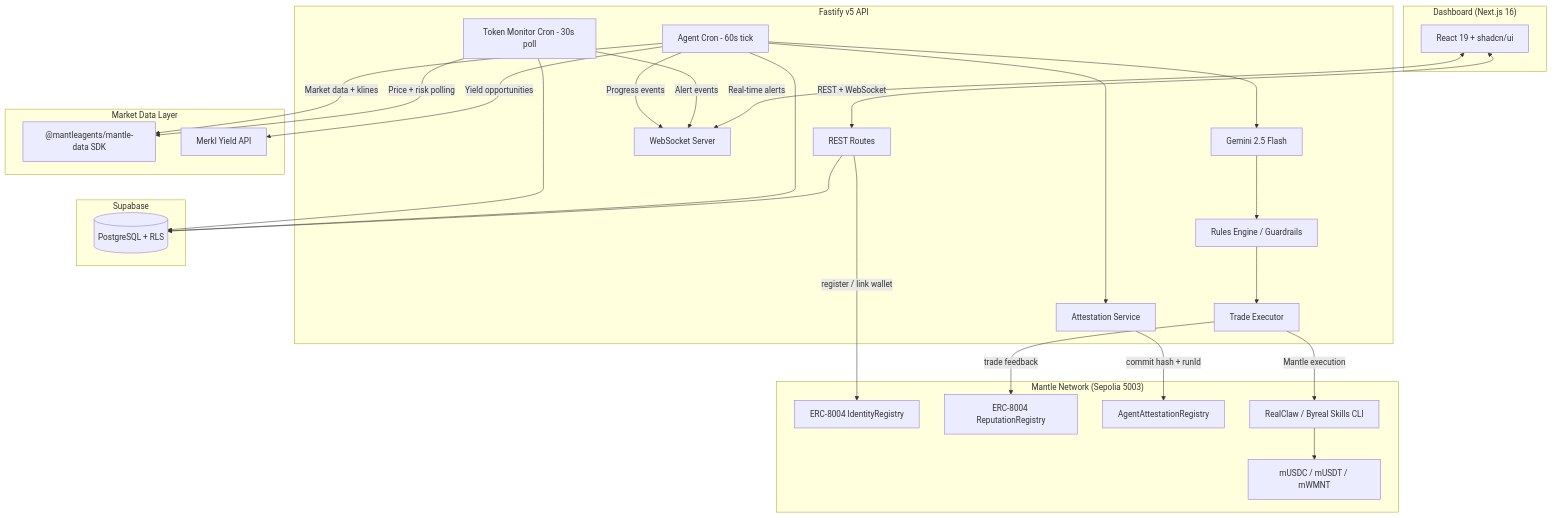
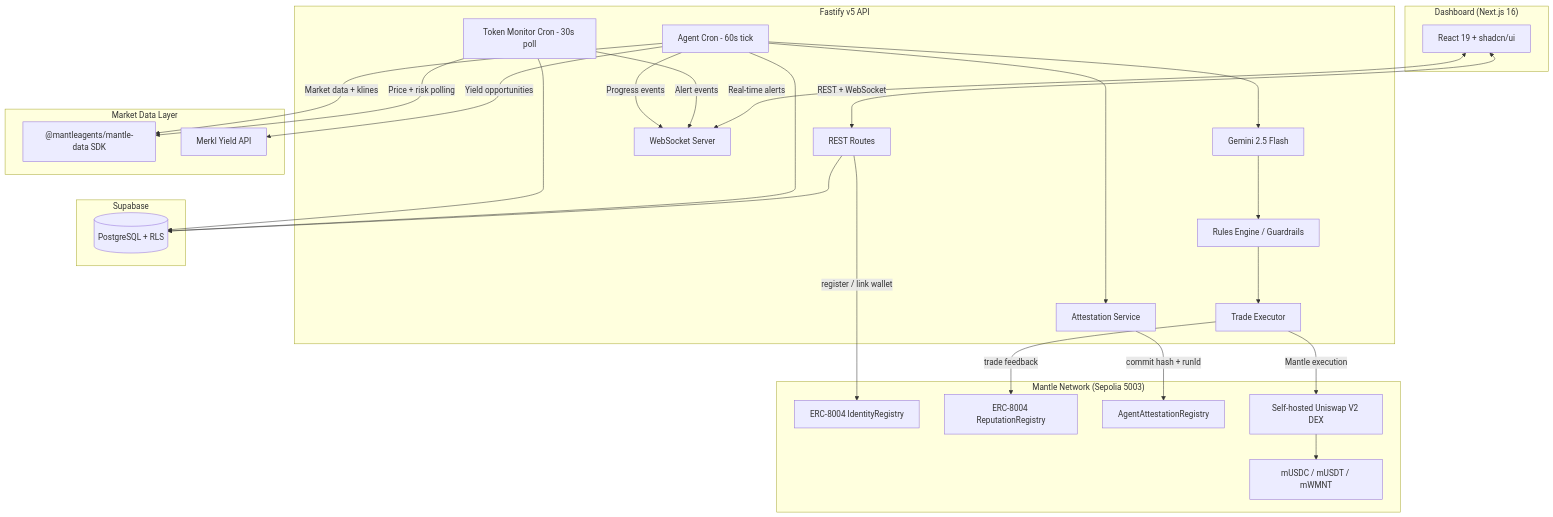
The diagram in README.md (mferdinandr/MantleAgents), drawn with Mermaid before and after one commit. The commit also changed other lines of this file and 26 other files, not shown here.

Commit message:
api: route Mantle execution through on-chain dex

````diff
--- a/README.md
+++ b/README.md
@@ -44,57 +44,57 @@
 ```mermaid
 graph TB
     subgraph Frontend["Dashboard (Next.js 16)"]
         UI[React 19 + shadcn/ui]
     end
 
     subgraph Backend["Fastify v5 API"]
         API[REST Routes]
         WS[WebSocket Server]
         CRON_AGENT[Agent Cron - 60s tick]
         CRON_MONITOR[Token Monitor Cron - 30s poll]
         LLM[Gemini 2.5 Flash]
         RULES[Rules Engine / Guardrails]
         TRADE[Trade Executor]
         ATTEST[Attestation Service]
     end
 
     subgraph Mantle["Mantle Network (Sepolia 5003)"]
         IDREG[ERC-8004 IdentityRegistry]
         REPREG[ERC-8004 ReputationRegistry]
         ATTESTREG[AgentAttestationRegistry]
-        REALCLAW[RealClaw / Byreal Skills CLI]
+        DEX[Self-hosted Uniswap V2 DEX]
         TOKENS[mUSDC / mUSDT / mWMNT]
     end
 
     subgraph MarketData["Market Data Layer"]
         MDATA["@mantleagents/mantle-data SDK"]
         MERKL[Merkl Yield API]
     end
 
     subgraph Storage["Supabase"]
         DB[(PostgreSQL + RLS)]
     end
 
     UI <-->|REST + WebSocket| API
     UI <-->|Real-time alerts| WS
 
     CRON_MONITOR -->|Price + risk polling| MDATA
     CRON_AGENT -->|Market data + klines| MDATA
     CRON_AGENT -->|Yield opportunities| MERKL
     CRON_AGENT --> LLM
     LLM --> RULES
     RULES --> TRADE
-    TRADE -->|Mantle execution| REALCLAW
-    REALCLAW --> TOKENS
+    TRADE -->|Mantle execution| DEX
+    DEX --> TOKENS
 
     API -->|register / link wallet| IDREG
     TRADE -->|trade feedback| REPREG
     CRON_AGENT --> ATTEST
     ATTEST -->|commit hash + runId| ATTESTREG
 
     API --> DB
     CRON_AGENT --> DB
     CRON_MONITOR --> DB
     CRON_MONITOR -->|Alert events| WS
     CRON_AGENT -->|Progress events| WS
 ```
````
